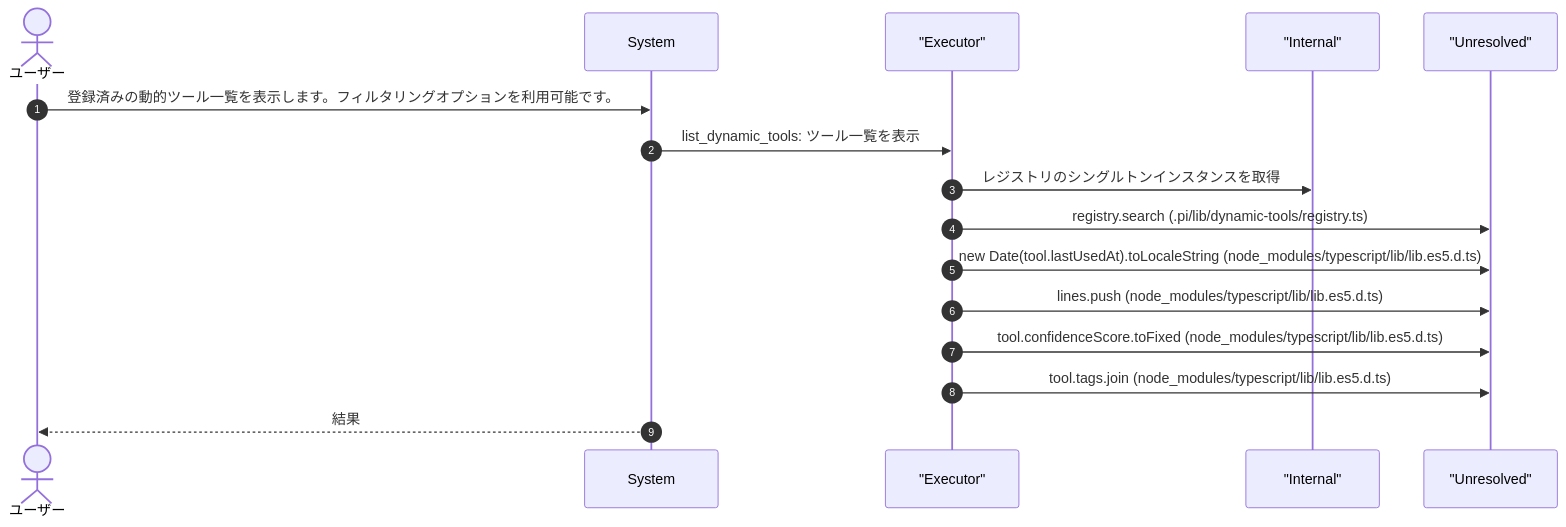
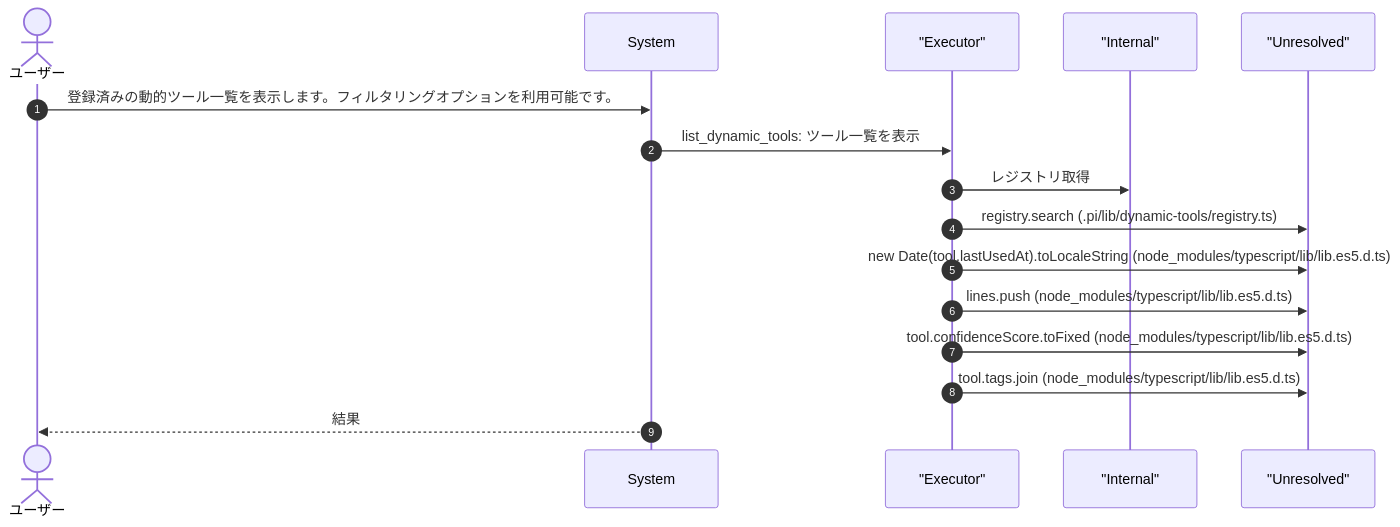
The third of 9 diagrams in ABDD/.pi/extensions/dynamic-tools.md (Mekann2904/mekann), drawn with Mermaid before and after one commit. The commit also changed other lines of this file and 212 other files, not shown here.

````diff
--- a/ABDD/.pi/extensions/dynamic-tools.md
+++ b/ABDD/.pi/extensions/dynamic-tools.md
@@ -157,20 +157,20 @@
 ```mermaid
 sequenceDiagram
   autonumber
   actor User as ユーザー
   participant System as System
   participant Executor as "Executor"
   participant Internal as "Internal"
   participant Unresolved as "Unresolved"
 
   User->>System: 登録済みの動的ツール一覧を表示します。フィルタリングオプションを利用可能です。
   System->>Executor: list_dynamic_tools: ツール一覧を表示
-  Executor->>Internal: レジストリのシングルトンインスタンスを取得
+  Executor->>Internal: レジストリ取得
   Executor->>Unresolved: registry.search (.pi/lib/dynamic-tools/registry.ts)
   Executor->>Unresolved: new Date(tool.lastUsedAt).toLocaleString (node_modules/typescript/lib/lib.es5.d.ts)
   Executor->>Unresolved: lines.push (node_modules/typescript/lib/lib.es5.d.ts)
   Executor->>Unresolved: tool.confidenceScore.toFixed (node_modules/typescript/lib/lib.es5.d.ts)
   Executor->>Unresolved: tool.tags.join (node_modules/typescript/lib/lib.es5.d.ts)
   System-->>User: 結果
 
 ```
````
